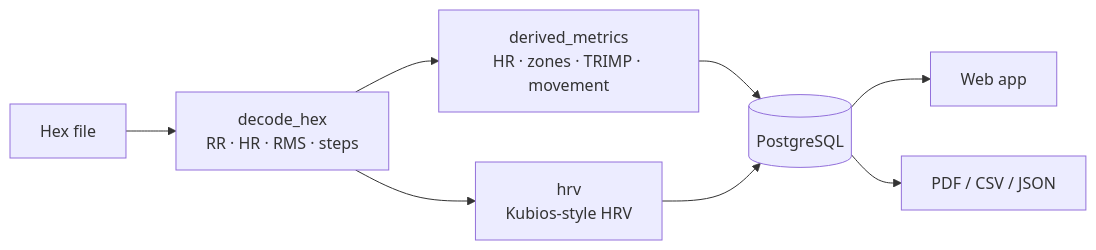
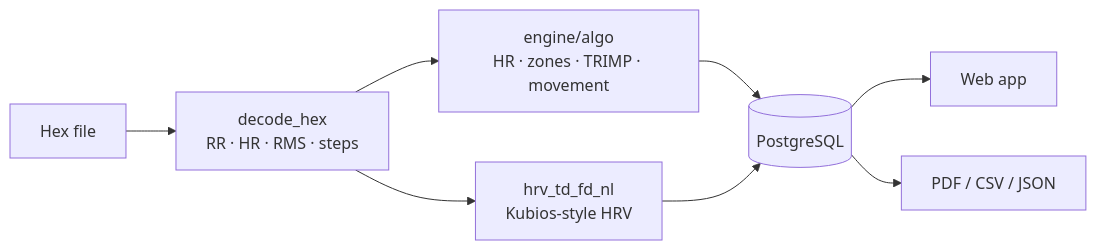
The diagram in README.md (Sivaneshakumar27/netribeat), drawn with Mermaid before and after one commit. The commit also changed 51 other files, not shown here.

First line of the commit message:
Reorganise analysis code by stage: hex_decoder, rr_interval, preprocessing, engine/algo, metrics

````diff
--- a/README.md
+++ b/README.md
@@ -28,10 +28,10 @@
 ```mermaid
 flowchart LR
     A[Hex file] --> B[decode_hex<br/>RR · HR · RMS · steps]
-    B --> C[derived_metrics<br/>HR · zones · TRIMP · movement]
-    B --> D[hrv<br/>Kubios-style HRV]
+    B --> C[engine/algo<br/>HR · zones · TRIMP · movement]
+    B --> D[hrv_td_fd_nl<br/>Kubios-style HRV]
     C --> E[(PostgreSQL)]
     D --> E
     E --> F[Web app]
     E --> G[PDF / CSV / JSON]
 ```
````
